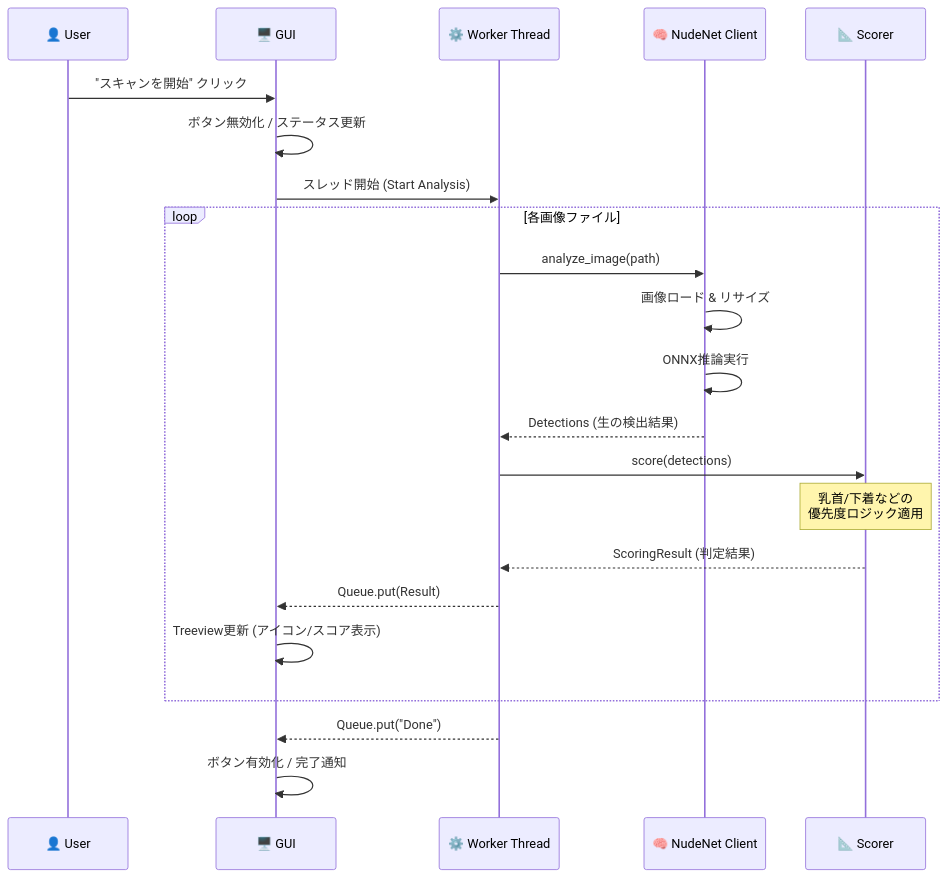
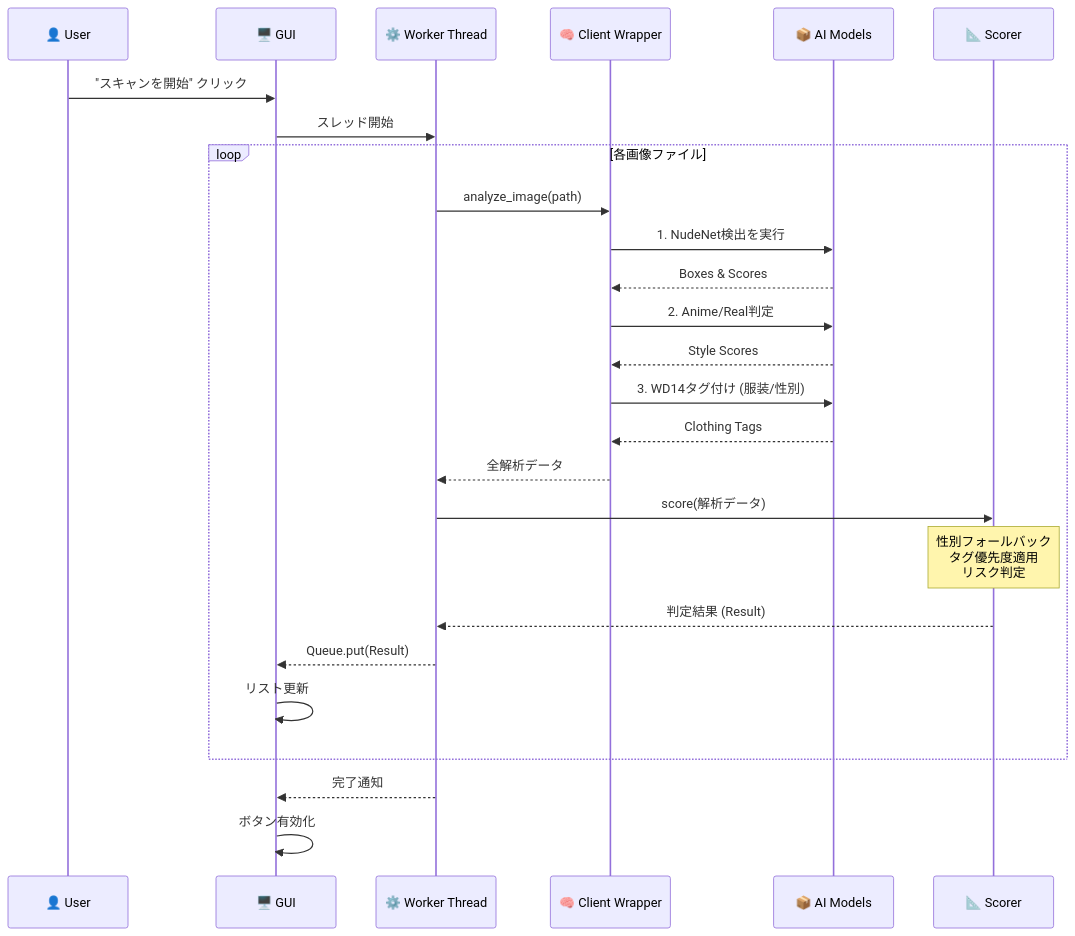
The second of 2 diagrams in README.md (igashira0324/chk-NudeNet-WD14V3-NSFW), drawn with Mermaid before and after one commit. The commit also changed other lines of this file, not shown here.

````diff
--- a/README.md
+++ b/README.md
@@ -72,29 +84,36 @@
 ```mermaid
 sequenceDiagram
     participant User as 👤 User
     participant GUI as 🖥️ GUI
     participant Thread as ⚙️ Worker Thread
-    participant Client as 🧠 NudeNet Client
+    participant Client as 🧠 Client Wrapper
+    participant Models as 📦 AI Models
     participant Scorer as 📐 Scorer
 
     User->>GUI: "スキャンを開始" クリック
-    GUI->>GUI: ボタン無効化 / ステータス更新
-    GUI->>Thread: スレッド開始 (Start Analysis)
+    GUI->>Thread: スレッド開始
     
     loop 各画像ファイル
         Thread->>Client: analyze_image(path)
-        Client->>Client: 画像ロード & リサイズ
-        Client->>Client: ONNX推論実行
-        Client-->>Thread: Detections (生の検出結果)
+        Client->>Models: 1. NudeNet検出を実行
+        Models-->>Client: Boxes & Scores
         
-        Thread->>Scorer: score(detections)
-        Note over Scorer: 乳首/下着などの<br/>優先度ロジック適用
-        Scorer-->>Thread: ScoringResult (判定結果)
+        Client->>Models: 2. Anime/Real判定
+        Models-->>Client: Style Scores
+        
+        Client->>Models: 3. WD14タグ付け (服装/性別)
+        Models-->>Client: Clothing Tags
+        
+        Client-->>Thread: 全解析データ
+        
+        Thread->>Scorer: score(解析データ)
+        Note over Scorer: 性別フォールバック<br/>タグ優先度適用<br/>リスク判定
+        Scorer-->>Thread: 判定結果 (Result)
         
         Thread-->>GUI: Queue.put(Result)
-        GUI->>GUI: Treeview更新 (アイコン/スコア表示)
+        GUI->>GUI: リスト更新
     end
     
-    Thread-->>GUI: Queue.put("Done")
-    GUI->>GUI: ボタン有効化 / 完了通知
+    Thread-->>GUI: 完了通知
+    GUI->>GUI: ボタン有効化
 ```
````
